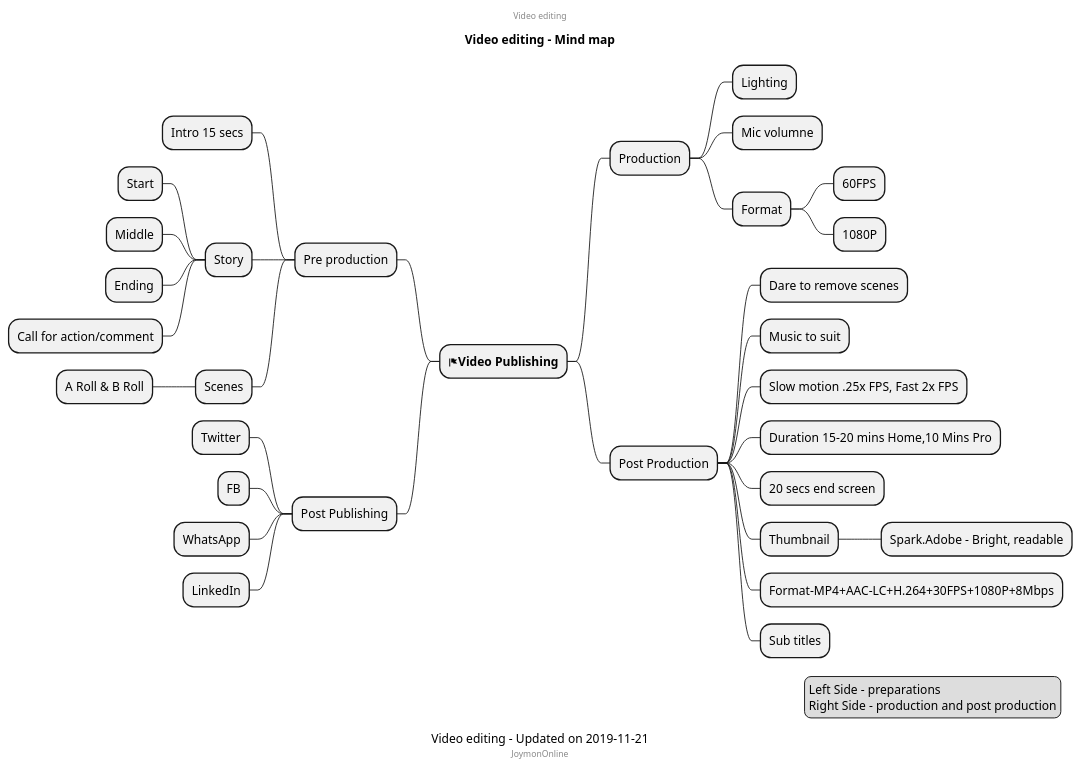
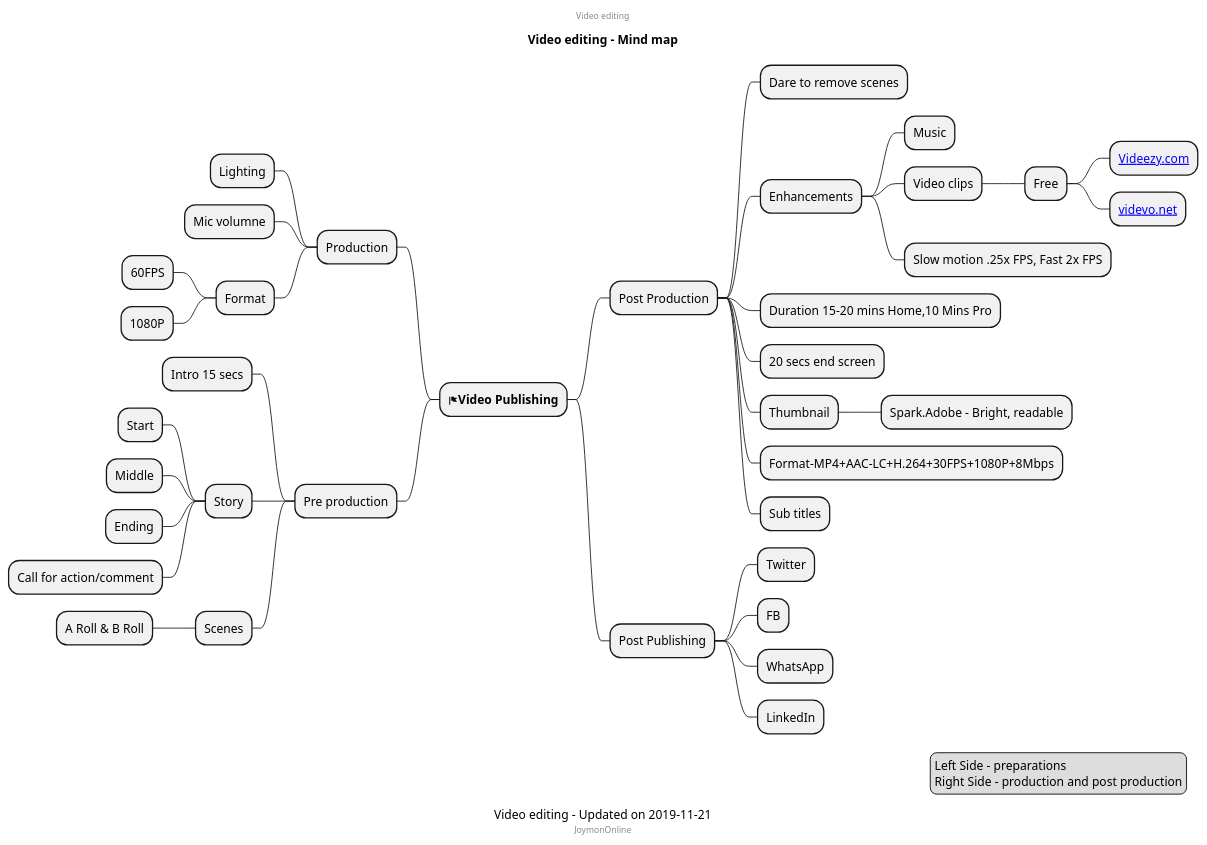
One commit to mind-maps/technology changed the diagram in media/video/publishing.puml. Above: the diagram before and after it, drawn with PlantUML.

Commit message:
Updates to publishing.puml

```diff
--- a/media/video/publishing.puml
+++ b/media/video/publishing.puml
@@ -1,47 +1,54 @@
 @startmindmap
 caption Video editing - Updated on 2019-11-21
 title Video editing - Mind map
 center header
 Video editing
 endheader
 
 * <&flag><b>Video Publishing</b>
+
+** Post Production
+*** Dare to remove scenes
+*** Enhancements
+**** Music
+**** Video clips
+***** Free
+****** [[https://www.videezy.com/ Videezy.com]]
+****** [[https://www.videvo.net/ videvo.net]]
+**** Slow motion .25x FPS, Fast 2x FPS
+*** Duration 15-20 mins Home,10 Mins Pro
+*** 20 secs end screen
+*** Thumbnail
+**** Spark.Adobe - Bright, readable
+*** Format-MP4+AAC-LC+H.264+30FPS+1080P+8Mbps
+*** Sub titles
+** Post Publishing
+*** Twitter
+*** FB
+*** WhatsApp
+*** LinkedIn
+
+left side
 ** Production
 *** Lighting
 *** Mic volumne
 *** Format
 **** 60FPS
 **** 1080P
-** Post Production
-*** Dare to remove scenes
-*** Music to suit
-*** Slow motion .25x FPS, Fast 2x FPS
-*** Duration 15-20 mins Home,10 Mins Pro
-*** 20 secs end screen
-*** Thumbnail
-**** Spark.Adobe - Bright, readable
-*** Format-MP4+AAC-LC+H.264+30FPS+1080P+8Mbps
-*** Sub titles
-left side
 ** Pre production
 *** Intro 15 secs
 *** Story
 **** Start
 **** Middle
 **** Ending
 ****  Call for action/comment
 *** Scenes
 **** A Roll & B Roll
-** Post Publishing
-*** Twitter
-*** FB
-*** WhatsApp
-*** LinkedIn
 
 center footer JoymonOnline
 
 legend right
   Left Side - preparations
   Right Side - production and post production
 endlegend
 @endmindmap
```
